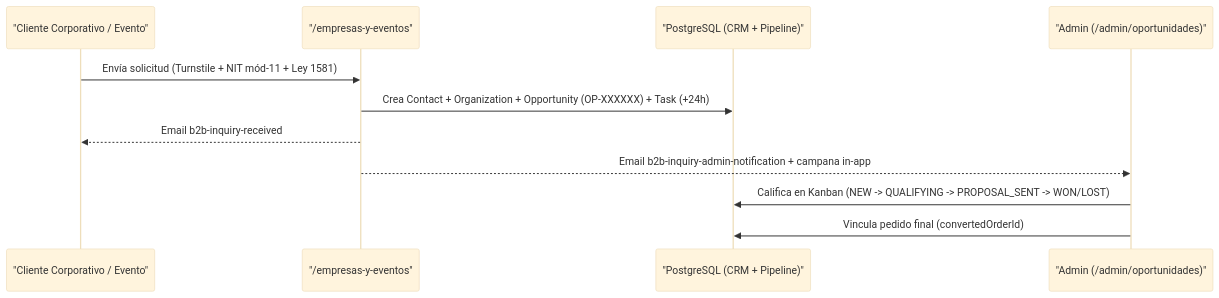
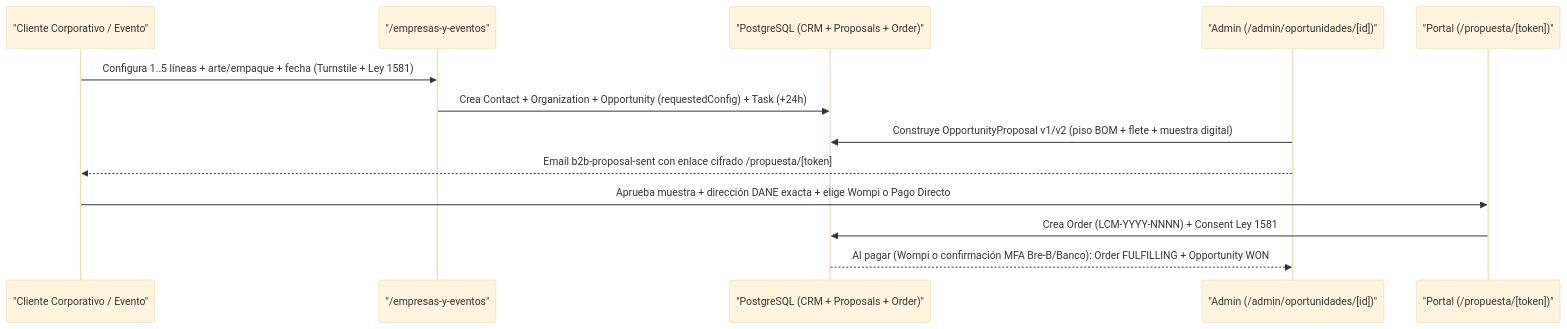
One commit to jullieth93/lucams changed the second of 2 diagrams in docs/domains/crm-b2b-and-loyalty.md. Above: the diagram before and after it, drawn with Mermaid (base theme). The commit also changed other lines of this file and 77 other files, not shown here.

````diff
--- a/docs/domains/crm-b2b-and-loyalty.md
+++ b/docs/domains/crm-b2b-and-loyalty.md
@@ -99,14 +99,16 @@
 ```mermaid
 sequenceDiagram
   participant L as "Cliente Corporativo / Evento"
   participant W as "/empresas-y-eventos"
-  participant DB as "PostgreSQL (CRM + Pipeline)"
-  participant A as "Admin (/admin/oportunidades)"
+  participant DB as "PostgreSQL (CRM + Proposals + Order)"
+  participant A as "Admin (/admin/oportunidades/[id])"
+  participant P as "Portal (/propuesta/[token])"
 
-  L->>W: Envía solicitud (Turnstile + NIT mód-11 + Ley 1581)
-  W->>DB: Crea Contact + Organization + Opportunity (OP-XXXXXX) + Task (+24h)
-  W-->>L: Email b2b-inquiry-received
-  W-->>A: Email b2b-inquiry-admin-notification + campana in-app
-  A->>DB: Califica en Kanban (NEW -> QUALIFYING -> PROPOSAL_SENT -> WON/LOST)
-  A->>DB: Vincula pedido final (convertedOrderId)
+  L->>W: Configura 1..5 líneas + arte/empaque + fecha (Turnstile + Ley 1581)
+  W->>DB: Crea Contact + Organization + Opportunity (requestedConfig) + Task (+24h)
+  A->>DB: Construye OpportunityProposal v1/v2 (piso BOM + flete + muestra digital)
+  A-->>L: Email b2b-proposal-sent con enlace cifrado /propuesta/[token]
+  L->>P: Aprueba muestra + dirección DANE exacta + elige Wompi o Pago Directo
+  P->>DB: Crea Order (LCM-YYYY-NNNN) + Consent Ley 1581
+  DB-->>A: Al pagar (Wompi o confirmación MFA Bre-B/Banco): Order FULFILLING + Opportunity WON
 ```
````
